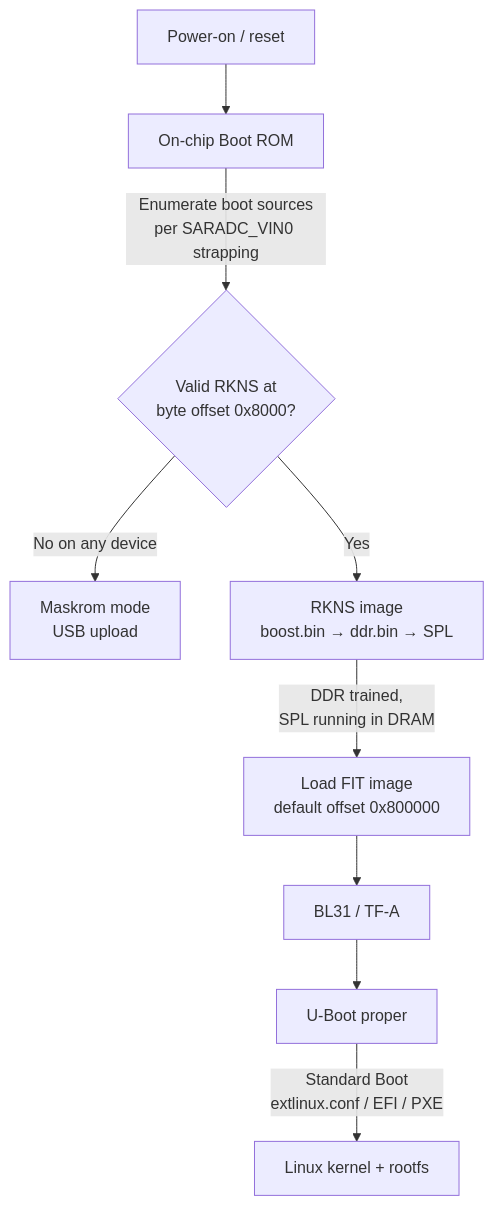
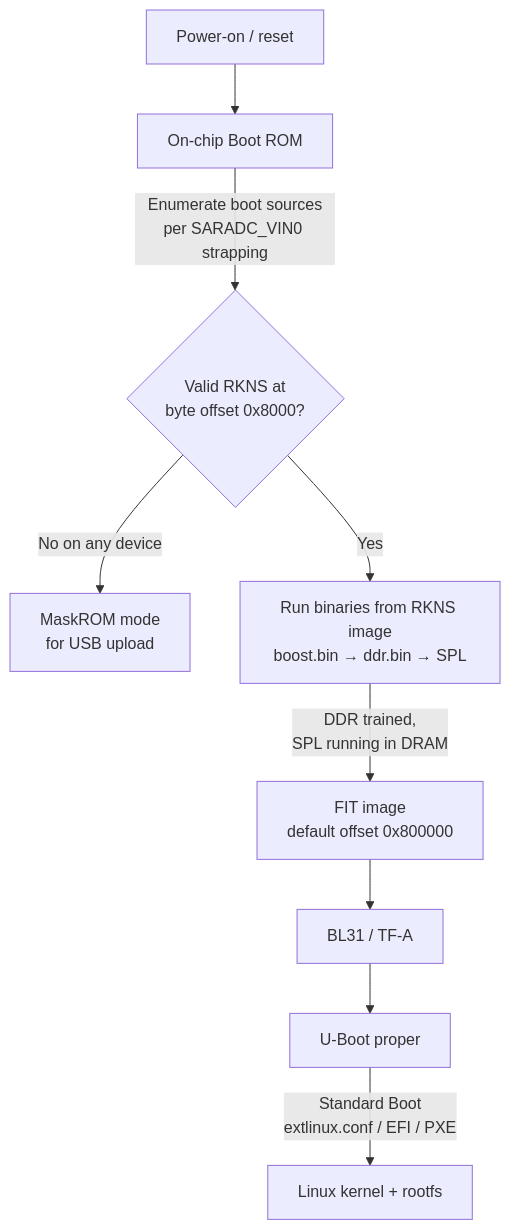
Before and after one commit to hades/flipperone-docs: the diagram in docs/resources/rockchip/RK3576-Boot-flow.md, drawn with Mermaid. The commit also changed other lines of this file, not shown here.

````diff
--- a/docs/resources/rockchip/RK3576-Boot-flow.md
+++ b/docs/resources/rockchip/RK3576-Boot-flow.md
@@ -17,11 +19,11 @@
 ```mermaid
 flowchart TD
   A[Power-on / reset] --> B[On-chip Boot ROM]
   B -->|Enumerate boot sources<br/>per SARADC_VIN0 strapping| C{Valid RKNS at<br/>byte offset 0x8000?}
-  C -- No on any device --> M[Maskrom mode<br/>USB upload]
-  C -- Yes --> D[RKNS image<br/>boost.bin → ddr.bin → SPL]
-  D -->|DDR trained,<br/>SPL running in DRAM| E[Load FIT image<br/>default offset 0x800000]
+  C -- No on any device --> M[MaskROM mode<br/>for USB upload]
+  C -- Yes --> D[Run binaries from RKNS image<br/>boost.bin → ddr.bin → SPL]
+  D -->|DDR trained,<br/>SPL running in DRAM| E[FIT image<br/>default offset 0x800000]
   E --> F[BL31 / TF-A]
   F --> G[U-Boot proper]
   G -->|Standard Boot<br/>extlinux.conf / EFI / PXE| H[Linux kernel + rootfs]
 ```
````
